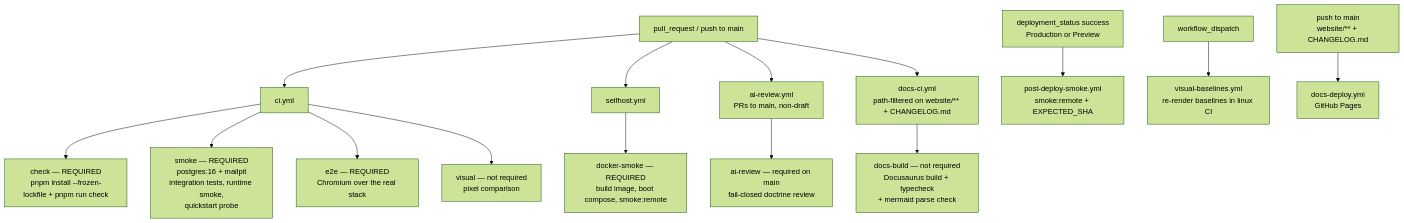
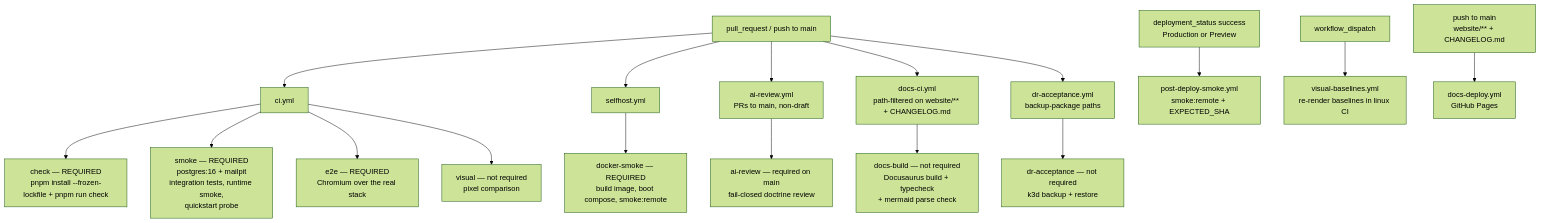
The first of 2 diagrams in website/docs/operations/ci-gates.md (chomamateusz/agentproofarch), drawn with Mermaid (forest theme) before and after one commit. The commit also changed other lines of this file and 3 other files, not shown here.

First line of the commit message:
CI: dr-acceptance — k3d acceptance test of the backup/DR package

````diff
--- a/website/docs/operations/ci-gates.md
+++ b/website/docs/operations/ci-gates.md
@@ -17,19 +17,21 @@
 ```mermaid
 flowchart TD
     pr["pull_request / push to main"] --> ci["ci.yml"]
     pr --> sh["selfhost.yml"]
     pr --> ai["ai-review.yml<br/>PRs to main, non-draft"]
     pr --> dci["docs-ci.yml<br/>path-filtered on website/** + CHANGELOG.md"]
+    pr --> dr["dr-acceptance.yml<br/>backup-package paths"]
 
     ci --> check["check — REQUIRED<br/>pnpm install --frozen-lockfile + pnpm run check"]
     ci --> smoke["smoke — REQUIRED<br/>postgres:16 + mailpit<br/>integration tests, runtime smoke,<br/>quickstart probe"]
     ci --> e2e["e2e — REQUIRED<br/>Chromium over the real stack"]
     ci --> visual["visual — not required<br/>pixel comparison"]
     sh --> docker["docker-smoke — REQUIRED<br/>build image, boot compose, smoke:remote"]
     ai --> aireview["ai-review — required on main<br/>fail-closed doctrine review"]
     dci --> docsbuild["docs-build — not required<br/>Docusaurus build + typecheck<br/>+ mermaid parse check"]
+    dr --> drjob["dr-acceptance — not required<br/>k3d backup + restore"]
 
     deploy["deployment_status success<br/>Production or Preview"] --> pds["post-deploy-smoke.yml<br/>smoke:remote + EXPECTED_SHA"]
     dispatch["workflow_dispatch"] --> vb["visual-baselines.yml<br/>re-render baselines in linux CI"]
     pushmain["push to main<br/>website/** + CHANGELOG.md"] --> dd["docs-deploy.yml<br/>GitHub Pages"]
 ```
````
